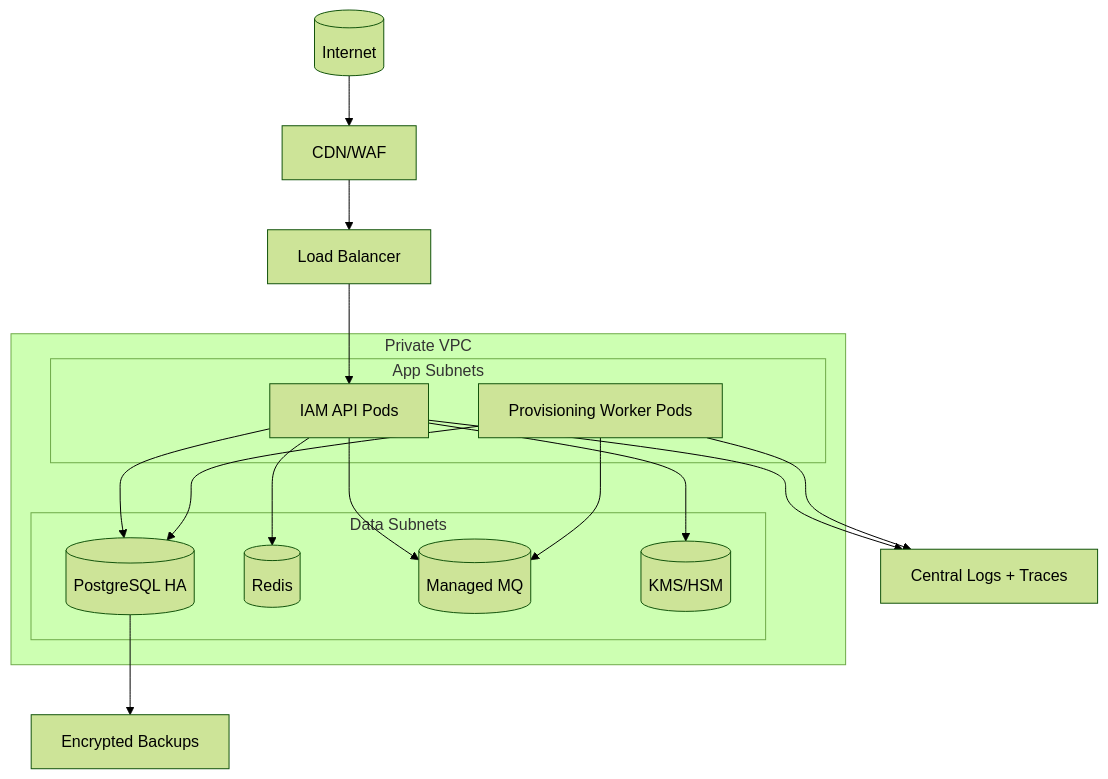
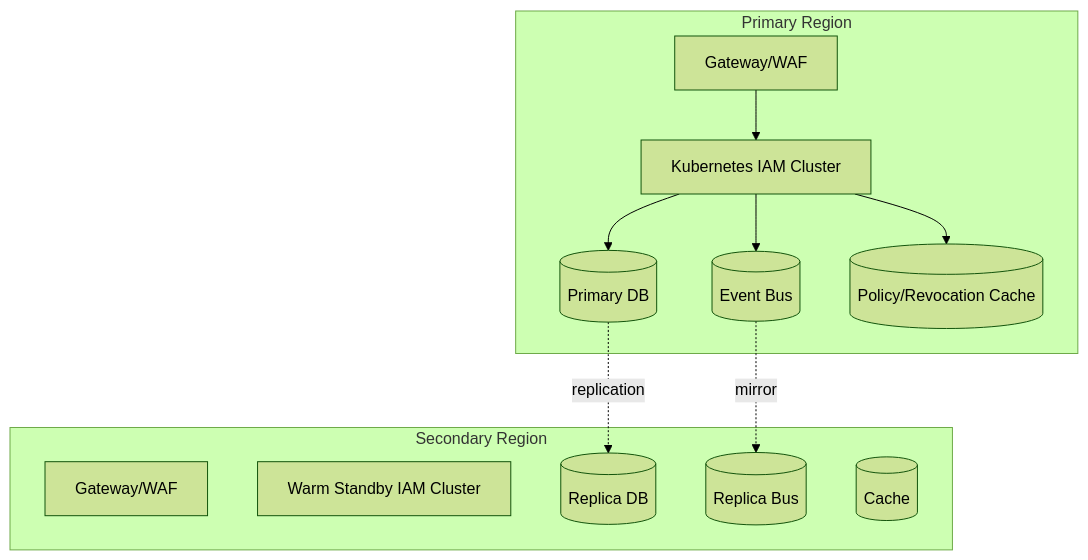
The diagram in Identity and Access Management Platform/infrastructure/deployment-diagram.md (0Ankit0/Project-Ideas), drawn with Mermaid (forest theme) before and after one commit. The commit also changed other lines of this file and 37 other files, not shown here.

````diff
--- a/Identity and Access Management Platform/infrastructure/deployment-diagram.md
+++ b/Identity and Access Management Platform/infrastructure/deployment-diagram.md
@@ -4,31 +3,24 @@
 ```mermaid
 flowchart TB
-    Internet[(Internet)] --> CDN[CDN/WAF]
-    CDN --> LB[Load Balancer]
-
-    subgraph VPC[Private VPC]
-      subgraph AppTier[App Subnets]
-        API[IAM API Pods]
-        Worker[Provisioning Worker Pods]
-      end
-
-      subgraph DataTier[Data Subnets]
-        DB[(PostgreSQL HA)]
-        Redis[(Redis)]
-        MQ[(Managed MQ)]
-        KMS[(KMS/HSM)]
-      end
+    subgraph RegionA[Primary Region]
+      GW1[Gateway/WAF]
+      K8S1[Kubernetes IAM Cluster]
+      DB1[(Primary DB)]
+      MQ1[(Event Bus)]
+      C1[(Policy/Revocation Cache)]
     end
 
-    LB --> API
-    API --> DB
-    API --> Redis
-    API --> MQ
-    API --> KMS
-    Worker --> DB
-    Worker --> MQ
+    subgraph RegionB[Secondary Region]
+      GW2[Gateway/WAF]
+      K8S2[Warm Standby IAM Cluster]
+      DB2[(Replica DB)]
+      MQ2[(Replica Bus)]
+      C2[(Cache)]
+    end
 
-    API --> Obs[Central Logs + Traces]
-    Worker --> Obs
-    DB --> Backup[Encrypted Backups]
+    GW1 --> K8S1 --> DB1
+    K8S1 --> MQ1
+    K8S1 --> C1
+    DB1 -.replication.-> DB2
+    MQ1 -.mirror.-> MQ2
 ```
````
